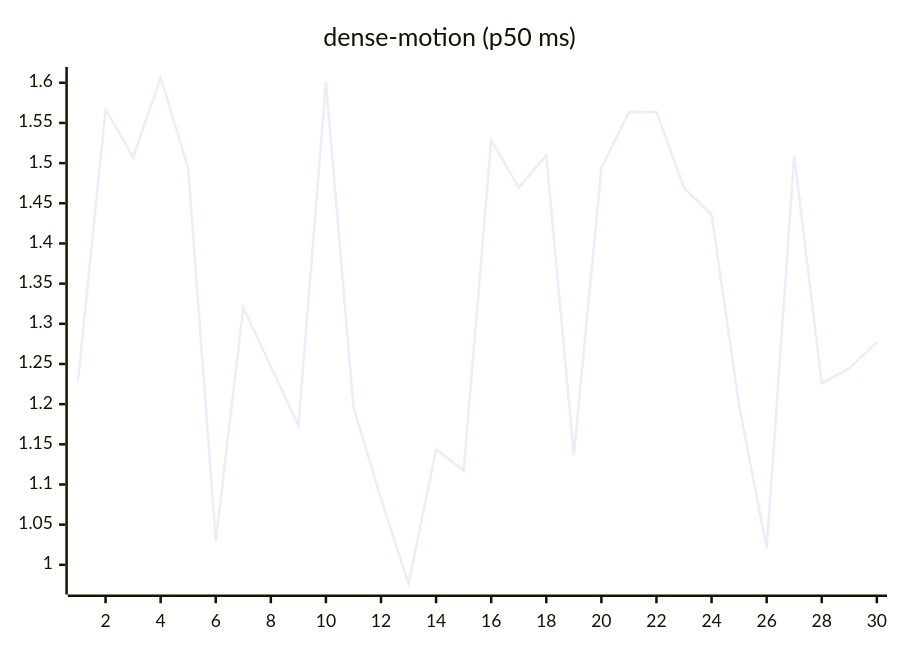
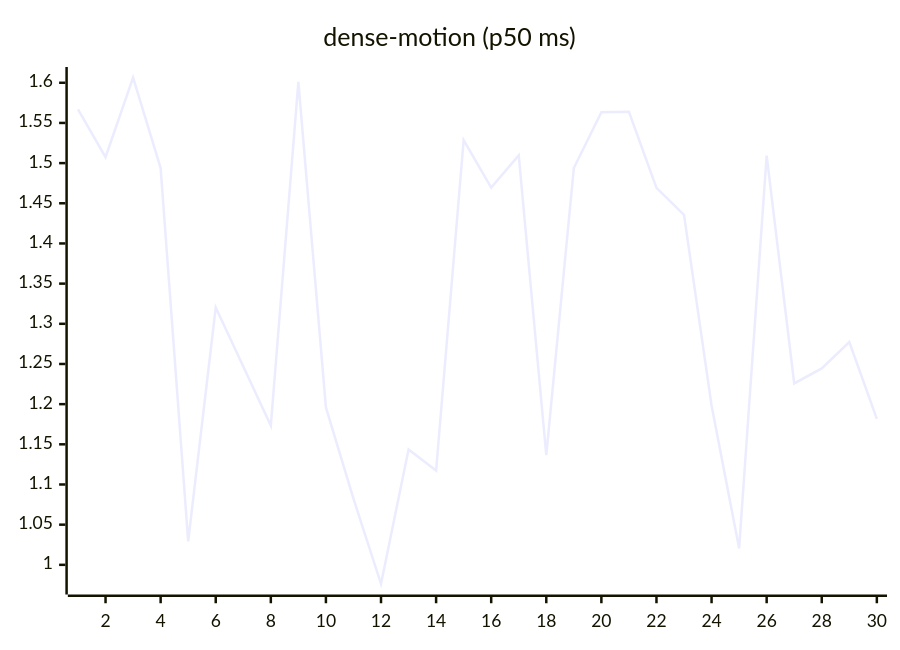
One commit to josha/Facet changed the ninth of 27 diagrams in README.md. Above: the diagram before and after it, drawn with Mermaid. The commit also changed other lines of this file and 2 other files, not shown here.

````diff
--- a/README.md
+++ b/README.md
@@ -119,6 +119,6 @@
 ```mermaid
 xychart-beta
     title "dense-motion (p50 ms)"
     x-axis 1 --> 30
-    line [1.2285, 1.5668, 1.5073, 1.6064, 1.4938, 1.0293, 1.3202, 1.2469, 1.1733, 1.6011, 1.1959, 1.0823, 0.9763, 1.1436, 1.1174, 1.5286, 1.4695, 1.5096, 1.1365, 1.4939, 1.5634, 1.5638, 1.4692, 1.4355, 1.1984, 1.0205, 1.5093, 1.2258, 1.2445, 1.2773]
+    line [1.5668, 1.5073, 1.6064, 1.4938, 1.0293, 1.3202, 1.2469, 1.1733, 1.6011, 1.1959, 1.0823, 0.9763, 1.1436, 1.1174, 1.5286, 1.4695, 1.5096, 1.1365, 1.4939, 1.5634, 1.5638, 1.4692, 1.4355, 1.1984, 1.0205, 1.5093, 1.2258, 1.2445, 1.2773, 1.1817]
 ```
````
